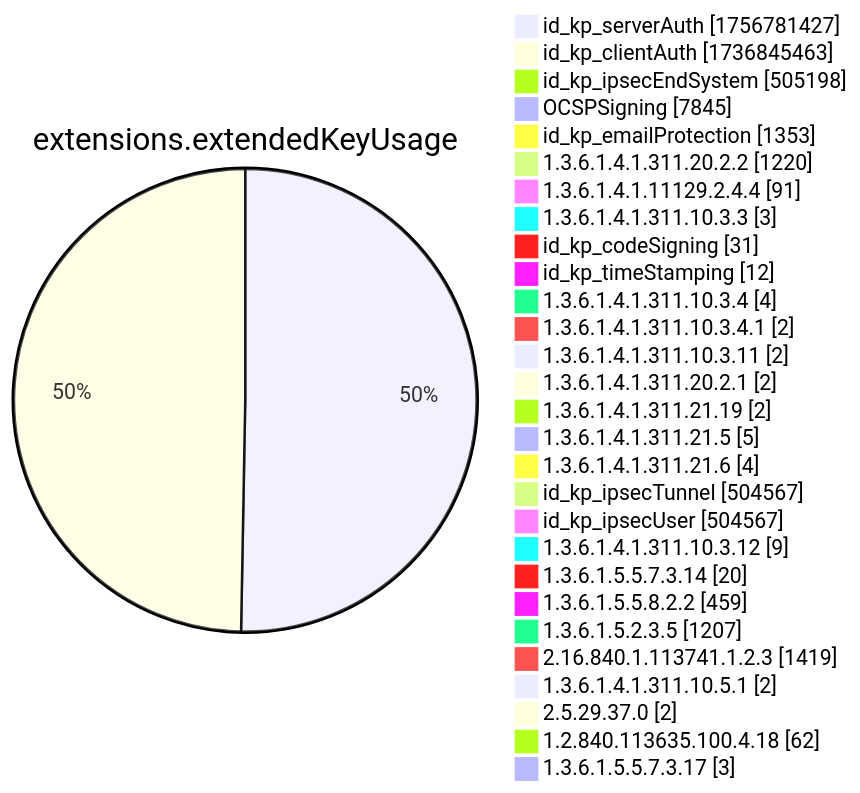
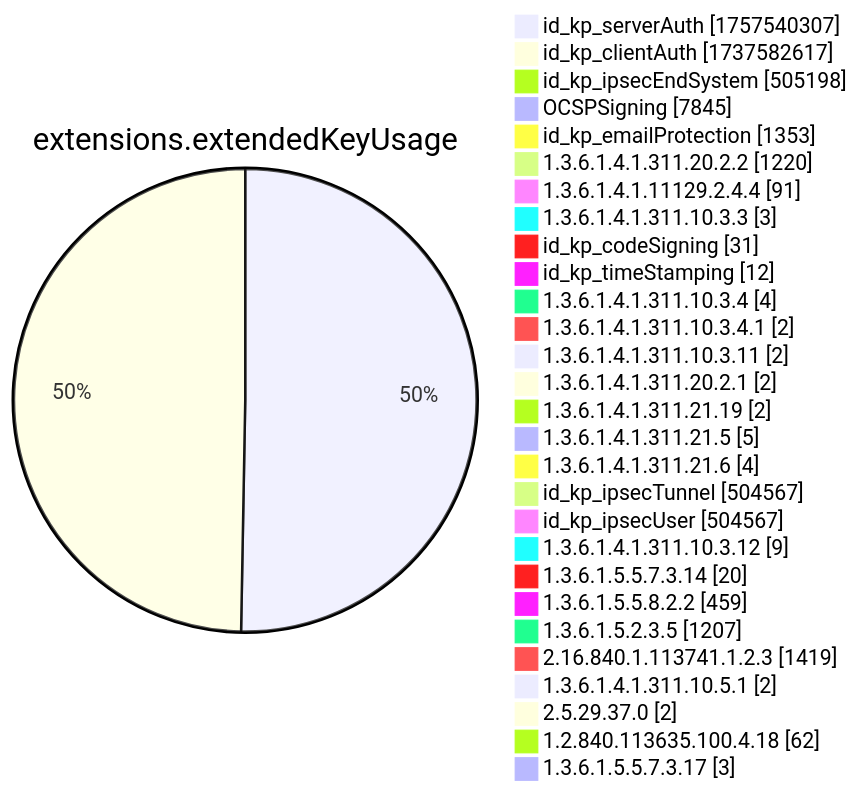
Before and after one commit to christiankrug/ctmonitor_visualization: diagram 12 of 15 in xenon2022/README.md, drawn with Mermaid. The commit also changed other lines of this file, not shown here.

````diff
--- a/xenon2022/README.md
+++ b/xenon2022/README.md
@@ -3892,32 +3892,32 @@
 ```mermaid
 pie showData
 title extensions.extendedKeyUsage
-"id_kp_serverAuth" :1756781427
-"id_kp_clientAuth" :1736845463
+"id_kp_serverAuth" :1757540307
+"id_kp_clientAuth" :1737582617
 "id_kp_ipsecEndSystem" :505198
 "OCSPSigning" :7845
 "id_kp_emailProtection" :1353
 "1.3.6.1.4.1.311.20.2.2" :1220
 "1.3.6.1.4.1.11129.2.4.4" :91
 "1.3.6.1.4.1.311.10.3.3" :3
 "id_kp_codeSigning" :31
 "id_kp_timeStamping" :12
 "1.3.6.1.4.1.311.10.3.4" :4
 "1.3.6.1.4.1.311.10.3.4.1" :2
 "1.3.6.1.4.1.311.10.3.11" :2
 "1.3.6.1.4.1.311.20.2.1" :2
 "1.3.6.1.4.1.311.21.19" :2
 "1.3.6.1.4.1.311.21.5" :5
 "1.3.6.1.4.1.311.21.6" :4
 "id_kp_ipsecTunnel" :504567
 "id_kp_ipsecUser" :504567
 "1.3.6.1.4.1.311.10.3.12" :9
 "1.3.6.1.5.5.7.3.14" :20
 "1.3.6.1.5.5.8.2.2" :459
 "1.3.6.1.5.2.3.5" :1207
 "2.16.840.1.113741.1.2.3" :1419
 "1.3.6.1.4.1.311.10.5.1" :2
 "2.5.29.37.0" :2
 "1.2.840.113635.100.4.18" :62
 "1.3.6.1.5.5.7.3.17" :3
 ```
````
